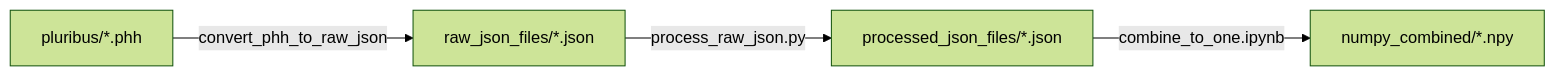
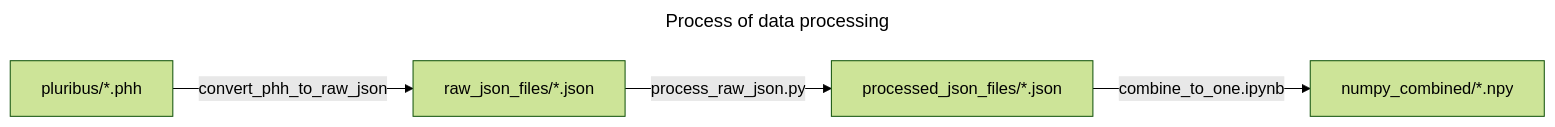
One commit to jaskrawo/Poker_AI changed the diagram in README.md. Above: the diagram before and after it, drawn with Mermaid (forest theme). The commit also changed other lines of this file and 2 other files, not shown here.

Commit message:
exported notebook to html, linked it to readme

````diff
--- a/README.md
+++ b/README.md
@@ -4,7 +3,9 @@
 ```mermaid
+---
+title: Process of data processing
+---
   flowchart LR
     A[pluribus/*.phh] -- convert_phh_to_raw_json --> B[raw_json_files/*.json]
     B -- process_raw_json.py --> C[processed_json_files/*.json]
     C -- combine_to_one.ipynb --> D[numpy_combined/*.npy]
-
 ```
````
